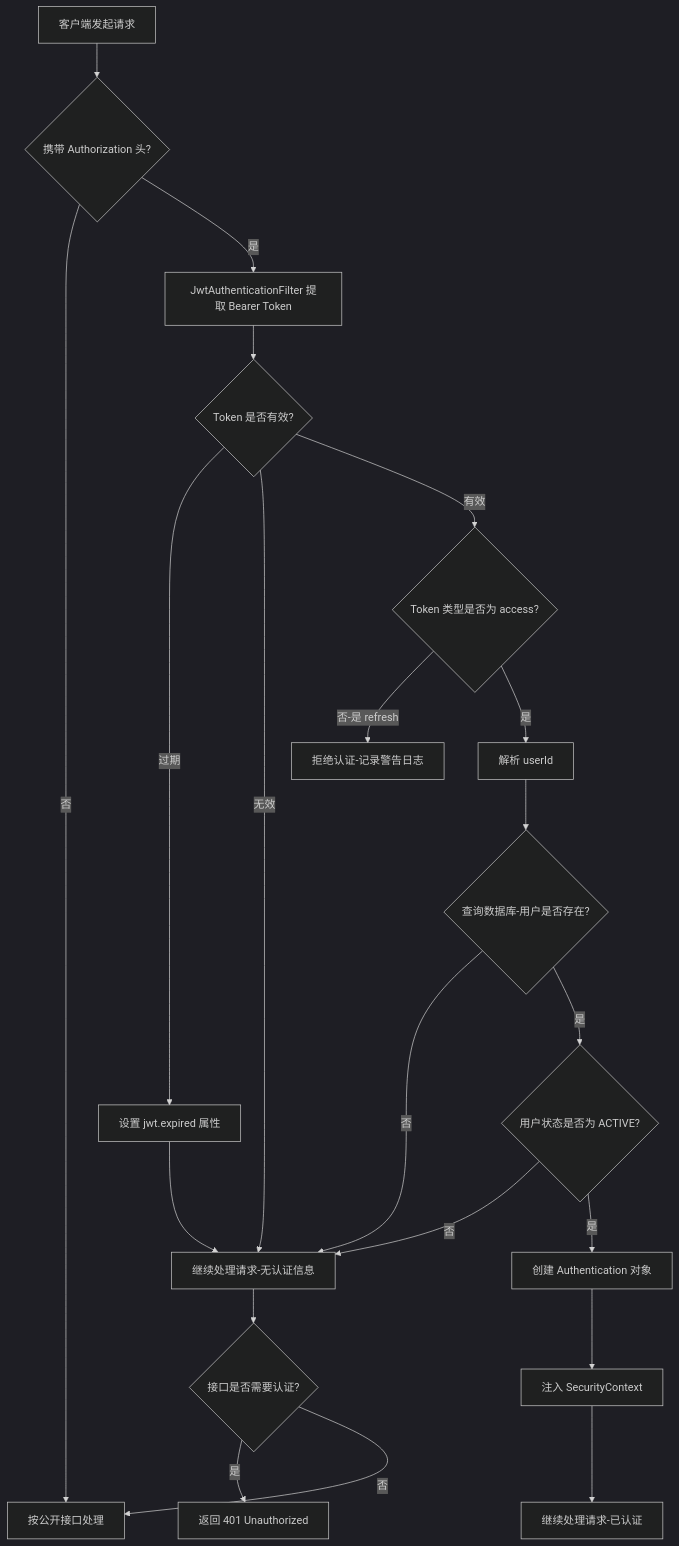
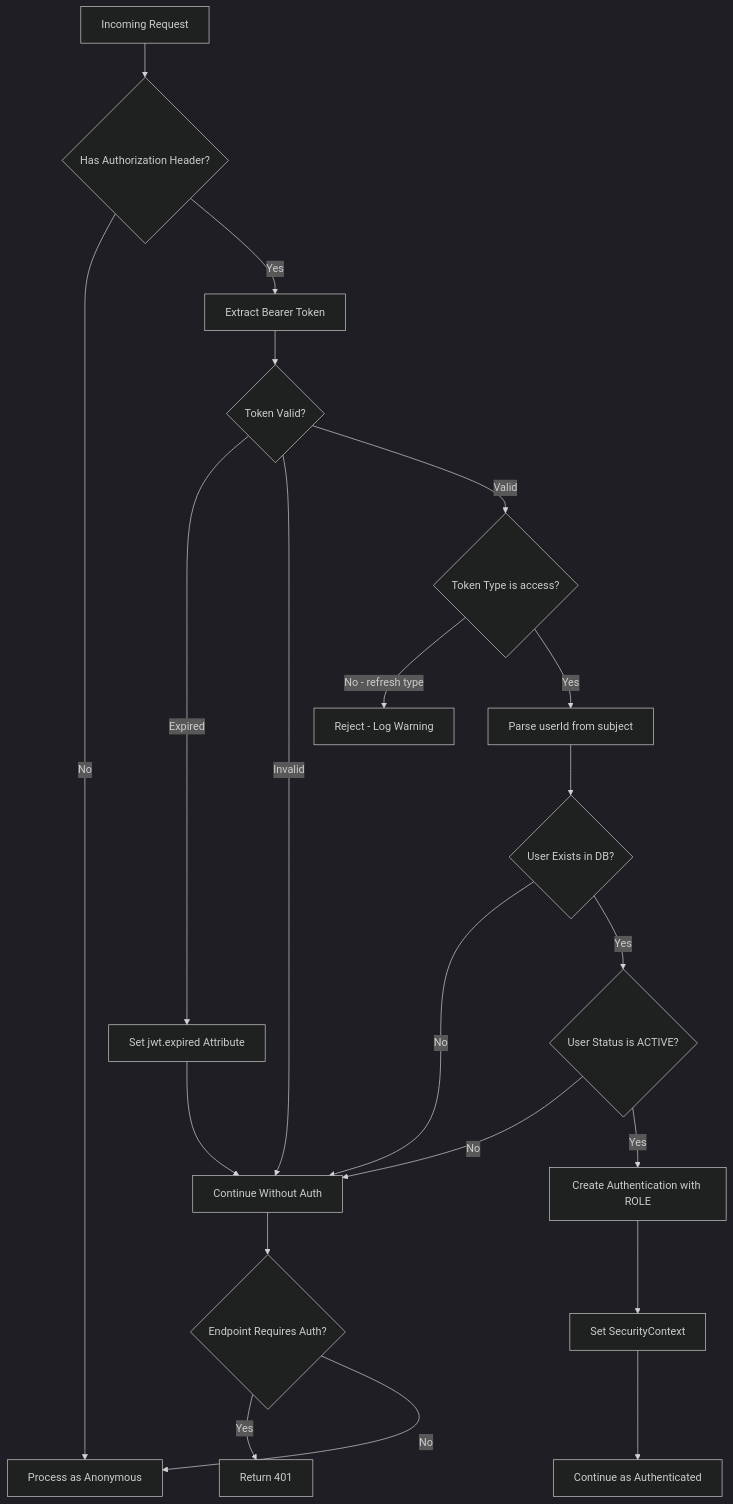
Before and after one commit to mambo-wang/CodingHub: the third of 5 diagrams in repowiki/认证与用户.md, drawn with Mermaid (dark theme). The commit also changed other lines of this file and 19 other files, not shown here.

````diff
--- a/repowiki/认证与用户.md
+++ b/repowiki/认证与用户.md
@@ -342,23 +160,23 @@
 ```mermaid
 graph TD
-    A[客户端发起请求] --> B{携带 Authorization 头?}
-    B -->|否| C[按公开接口处理]
-    B -->|是| D[JwtAuthenticationFilter 提取 Bearer Token]
-    D --> E{Token 是否有效?}
-    E -->|过期| F[设置 jwt.expired 属性]
-    F --> G[继续处理请求-无认证信息]
-    E -->|无效| G
-    E -->|有效| H{Token 类型是否为 access?}
-    H -->|否-是 refresh| I[拒绝认证-记录警告日志]
-    H -->|是| J[解析 userId]
-    J --> K{查询数据库-用户是否存在?}
-    K -->|否| G
-    K -->|是| L{用户状态是否为 ACTIVE?}
-    L -->|否| G
-    L -->|是| M[创建 Authentication 对象]
-    M --> N[注入 SecurityContext]
-    N --> O[继续处理请求-已认证]
-    G --> P{接口是否需要认证?}
-    P -->|是| Q[返回 401 Unauthorized]
-    P -->|否| C
+    A[Incoming Request] --> B{Has Authorization Header?}
+    B -->|No| C[Process as Anonymous]
+    B -->|Yes| D[Extract Bearer Token]
+    D --> E{Token Valid?}
+    E -->|Expired| F[Set jwt.expired Attribute]
+    F --> G[Continue Without Auth]
+    E -->|Invalid| G
+    E -->|Valid| H{Token Type is access?}
+    H -->|No - refresh type| I[Reject - Log Warning]
+    H -->|Yes| J[Parse userId from subject]
+    J --> K{User Exists in DB?}
+    K -->|No| G
+    K -->|Yes| L{User Status is ACTIVE?}
+    L -->|No| G
+    L -->|Yes| M[Create Authentication with ROLE]
+    M --> N[Set SecurityContext]
+    N --> O[Continue as Authenticated]
+    G --> P{Endpoint Requires Auth?}
+    P -->|Yes| Q[Return 401]
+    P -->|No| C
 ```
````
